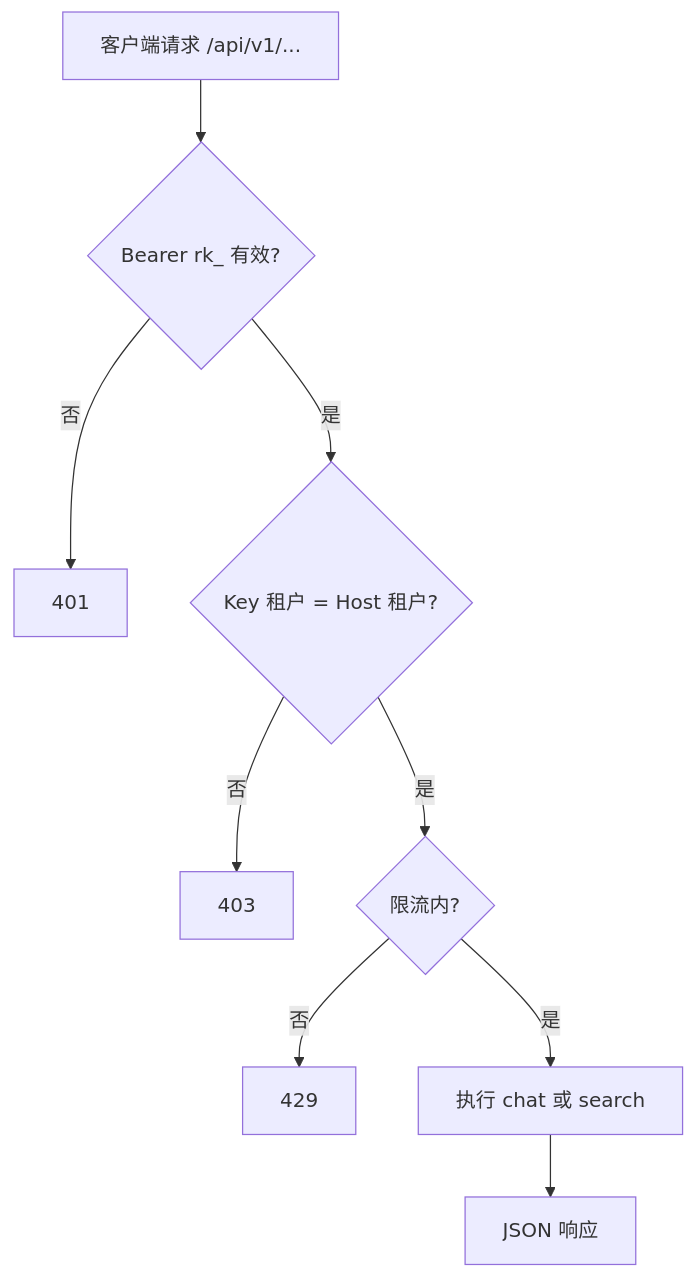
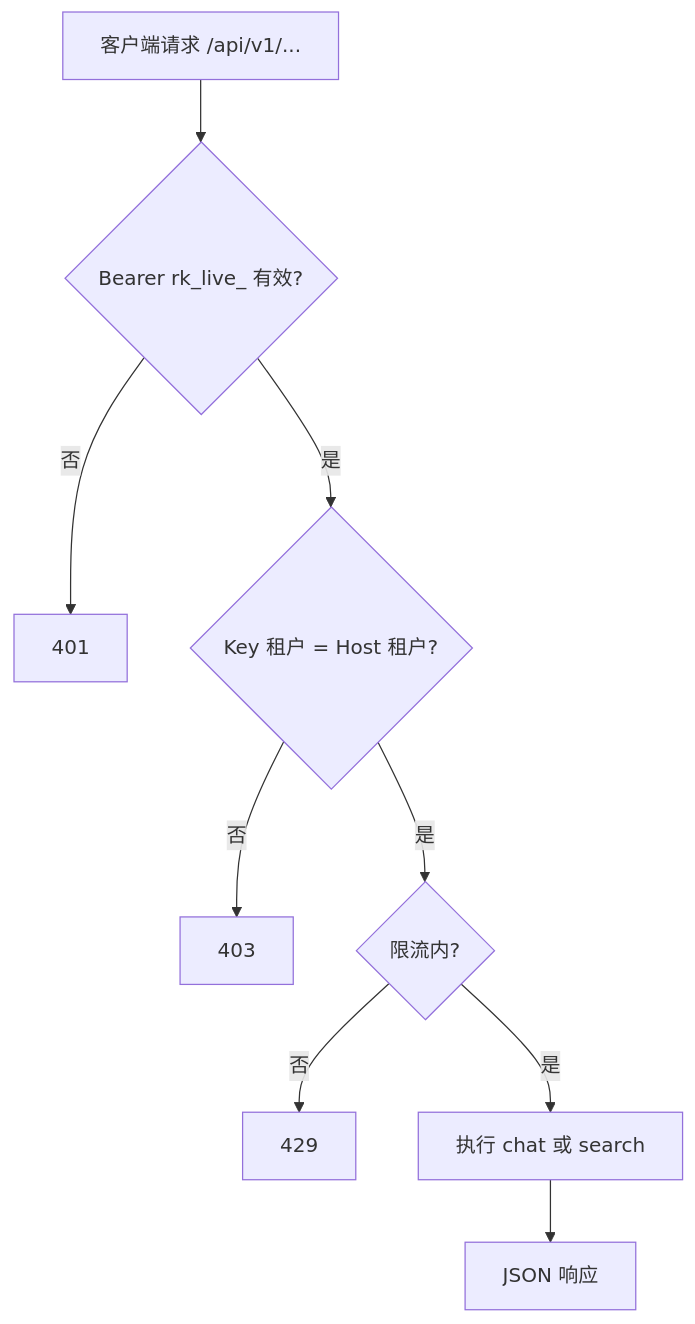
Before and after one commit to zmisi/rag-as-service: the diagram in docs/specs/phase2/features/F11-tenant-public-api.md, drawn with Mermaid. The commit also changed other lines of this file and 31 other files, not shown here.

````diff
--- a/docs/specs/phase2/features/F11-tenant-public-api.md
+++ b/docs/specs/phase2/features/F11-tenant-public-api.md
@@ -33,11 +34,11 @@
 ```mermaid
 flowchart TD
-  A[客户端请求 /api/v1/...] --> B{Bearer rk_ 有效?}
+  A[客户端请求 /api/v1/...] --> B{Bearer rk_live_ 有效?}
   B -->|否| E1[401]
   B -->|是| C{Key 租户 = Host 租户?}
   C -->|否| E2[403]
   C -->|是| D{限流内?}
   D -->|否| E3[429]
   D -->|是| F[执行 chat 或 search]
   F --> G[JSON 响应]
 ```
````
